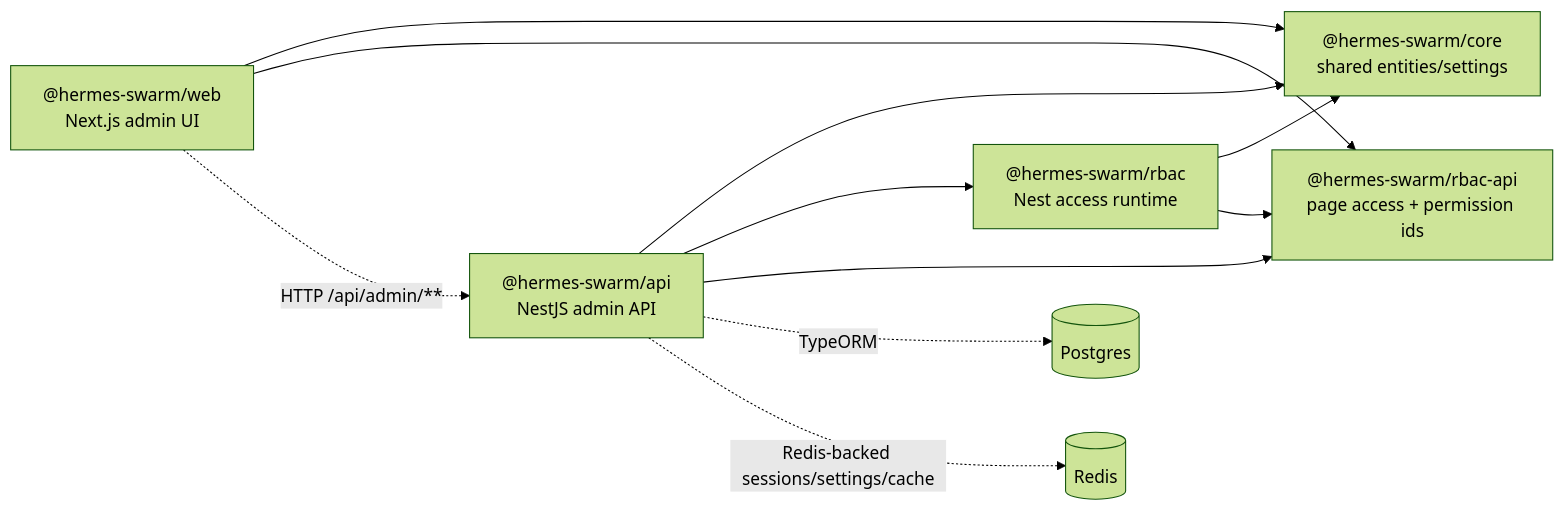
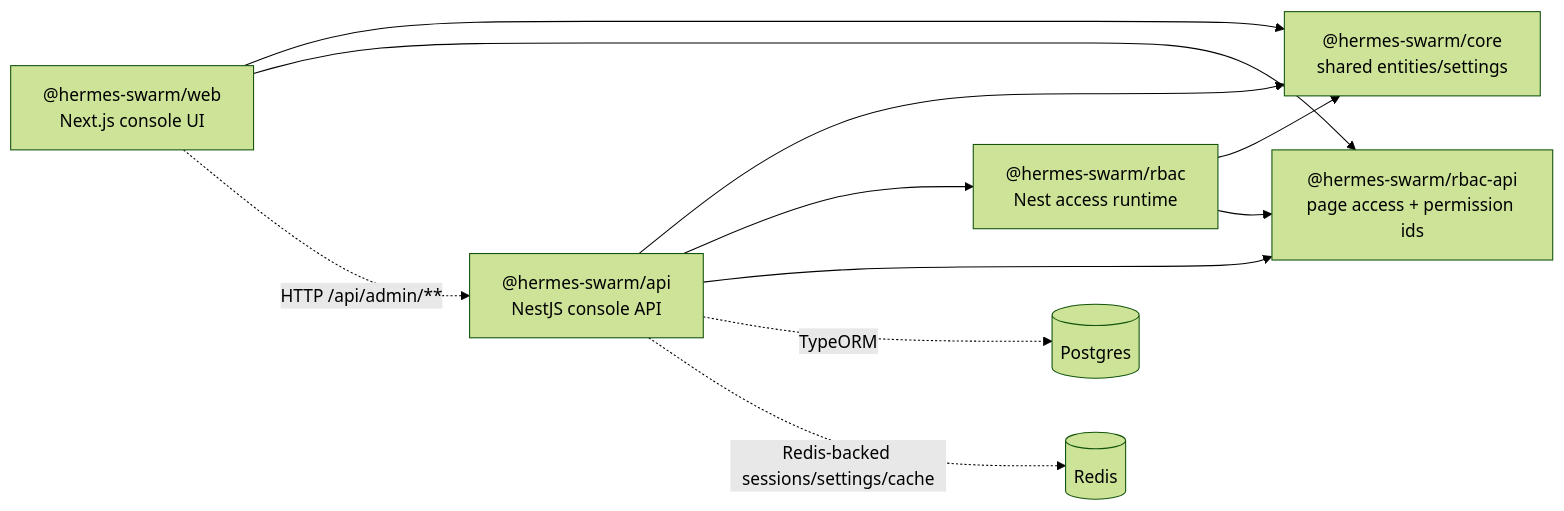
Before and after one commit to AyalaKaguya/hermes-swarm: the first of 6 diagrams in docs/current-module-reference-graph.md, drawn with Mermaid (forest theme). The commit also changed other lines of this file and 82 other files, not shown here.

````diff
--- a/docs/current-module-reference-graph.md
+++ b/docs/current-module-reference-graph.md
@@ -17,13 +17,13 @@
 ```mermaid
 flowchart LR
-  Web["@hermes-swarm/web<br/>Next.js admin UI"] --> Core["@hermes-swarm/core<br/>shared entities/settings"]
+  Web["@hermes-swarm/web<br/>Next.js console UI"] --> Core["@hermes-swarm/core<br/>shared entities/settings"]
   Web --> RbacApi["@hermes-swarm/rbac-api<br/>page access + permission ids"]
-  Api["@hermes-swarm/api<br/>NestJS admin API"] --> Core
+  Api["@hermes-swarm/api<br/>NestJS console API"] --> Core
   Api --> Rbac["@hermes-swarm/rbac<br/>Nest access runtime"]
   Api --> RbacApi
   Rbac --> Core
   Rbac --> RbacApi
   Web -. "HTTP /api/admin/**" .-> Api
   Api -. "TypeORM" .-> Postgres[("Postgres")]
   Api -. "Redis-backed sessions/settings/cache" .-> Redis[("Redis")]
 ```
````
